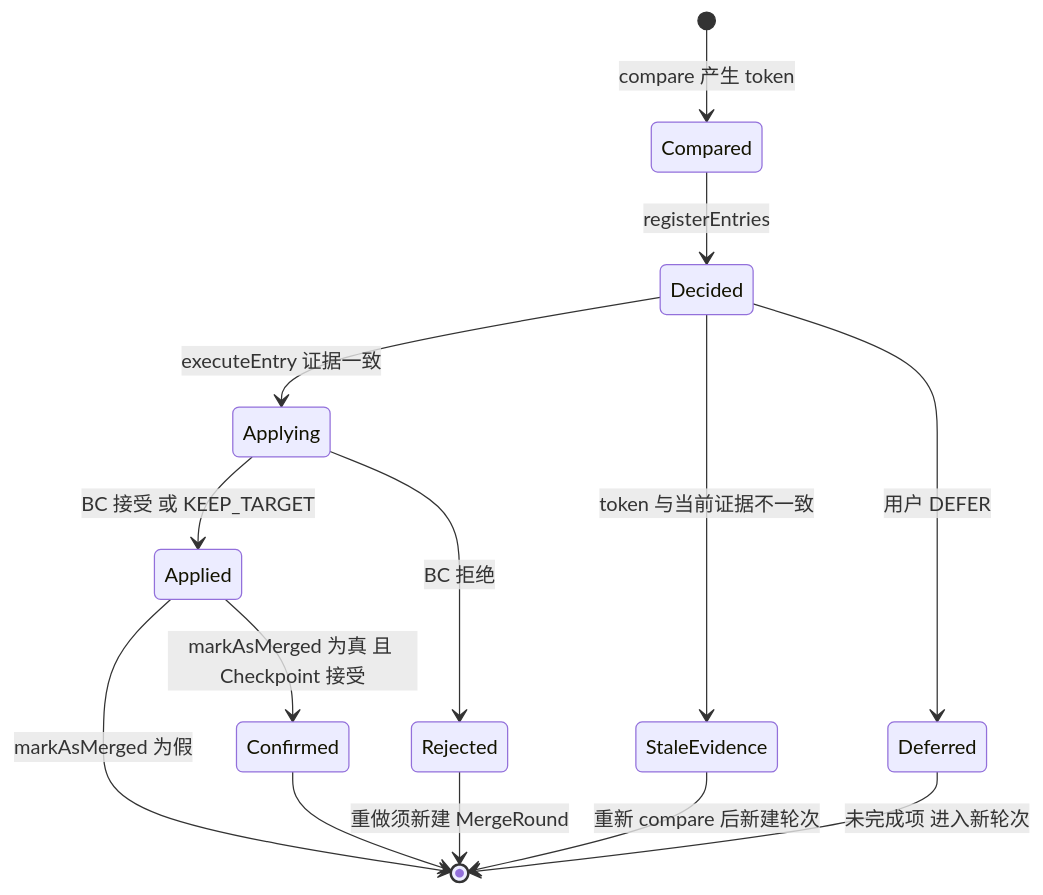
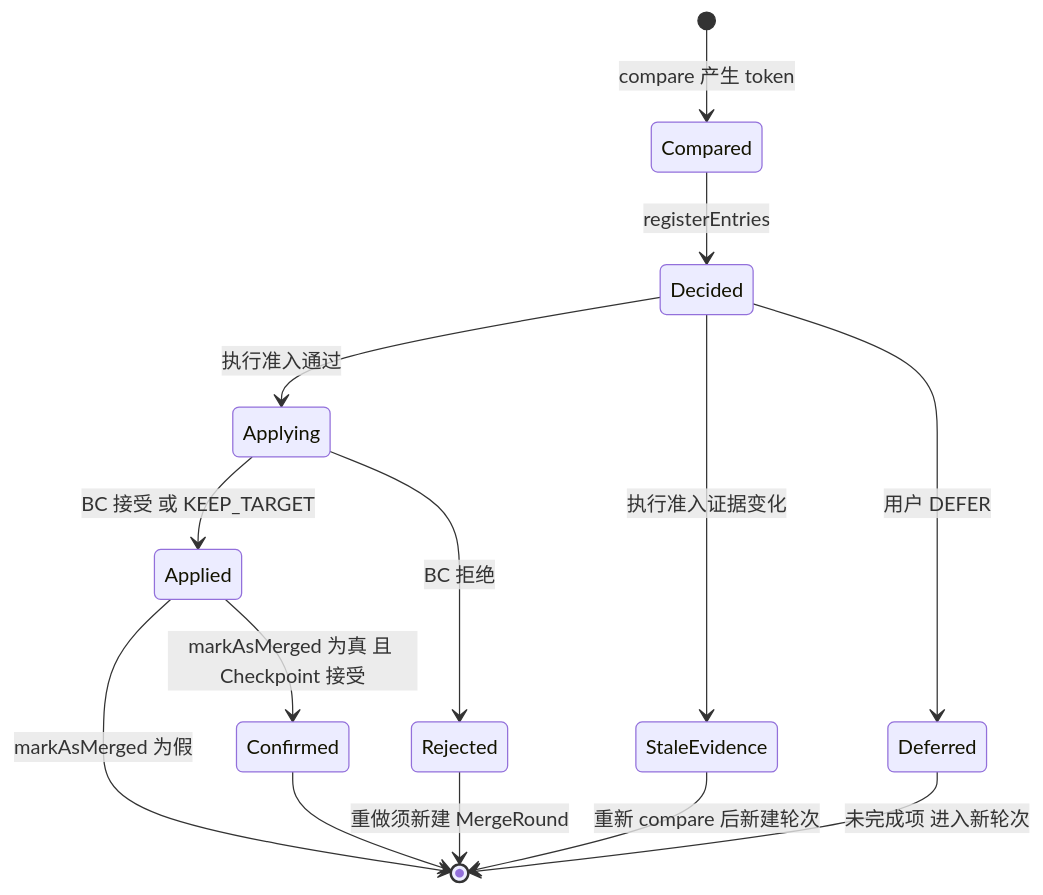
Before and after one commit to Greytrack/ddd-workingset: the second of 3 diagrams in docs/working-set/diagrams/merge-entry-lifecycle.md, drawn with Mermaid. The commit also changed other lines of this file and 20 other files, not shown here.

````diff
--- a/docs/working-set/diagrams/merge-entry-lifecycle.md
+++ b/docs/working-set/diagrams/merge-entry-lifecycle.md
@@ -86,16 +76,16 @@
 ```mermaid
 stateDiagram-v2
     [*] --> Compared: compare 产生 token
     Compared --> Decided: registerEntries
-    Decided --> StaleEvidence: token 与当前证据不一致
+    Decided --> StaleEvidence: 执行准入证据变化
     Decided --> Deferred: 用户 DEFER
-    Decided --> Applying: executeEntry 证据一致
+    Decided --> Applying: 执行准入通过
     Applying --> Applied: BC 接受 或 KEEP_TARGET
     Applying --> Rejected: BC 拒绝
     Applied --> Confirmed: markAsMerged 为真 且 Checkpoint 接受
     Applied --> [*]: markAsMerged 为假
     Confirmed --> [*]
     Rejected --> [*]: 重做须新建 MergeRound
     StaleEvidence --> [*]: 重新 compare 后新建轮次
     Deferred --> [*]: 未完成项 进入新轮次
 ```
````
